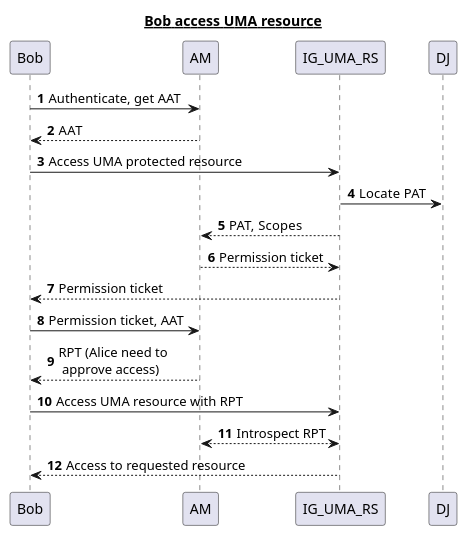
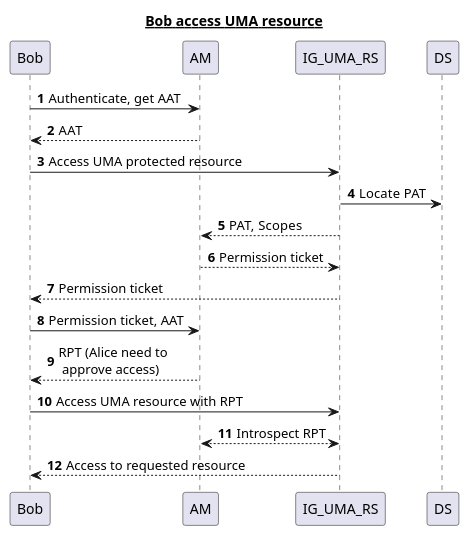
Before and after one commit to CharanMann/OpenIG-UMA-Extensions: the diagram in diagrams/AccessUMAResource.puml, drawn with PlantUML. The commit also changed 2 other files, not shown here.

Commit message:
Updated diagrams

```diff
--- a/diagrams/AccessUMAResource.puml
+++ b/diagrams/AccessUMAResource.puml
@@ -1,19 +1,19 @@
 @startuml
 title __Bob access UMA resource__
 autonumber
 Bob -> AM : Authenticate, get AAT
 AM --> Bob : AAT
 
 Bob -> IG_UMA_RS : Access UMA protected resource
-IG_UMA_RS -> DJ : Locate PAT
+IG_UMA_RS -> DS : Locate PAT
 IG_UMA_RS --> AM : PAT, Scopes
 AM --> IG_UMA_RS :  Permission ticket
 IG_UMA_RS --> Bob : Permission ticket
 
 Bob -> AM : Permission ticket, AAT
 AM --> Bob : RPT (Alice need to \n approve access)
 
 Bob -> IG_UMA_RS : Access UMA resource with RPT
 IG_UMA_RS <--> AM : Introspect RPT
 IG_UMA_RS --> Bob : Access to requested resource
 @enduml
```
